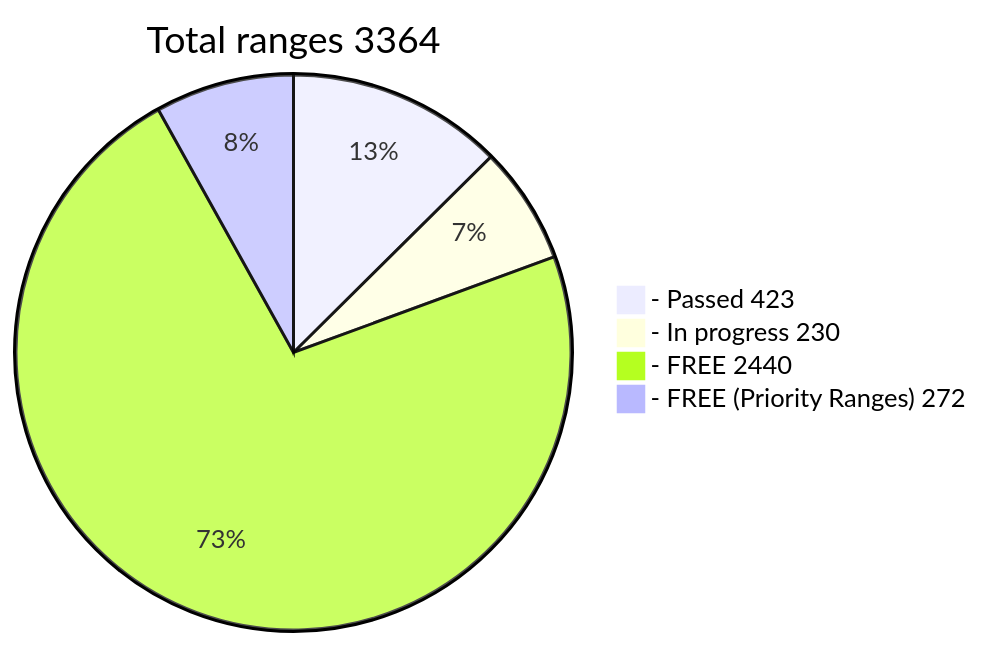
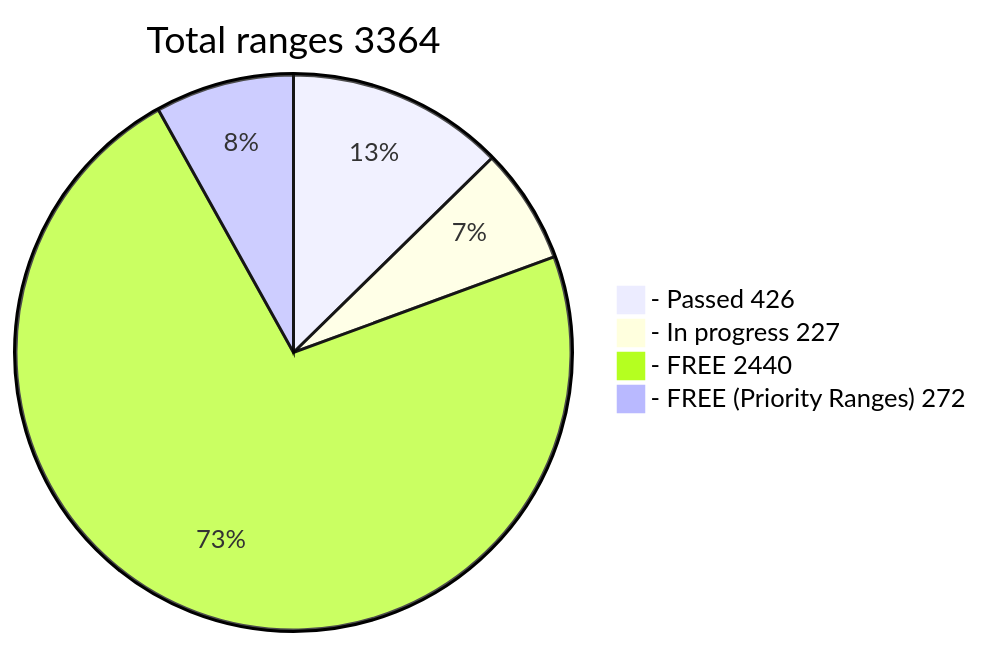
One commit to phrutis/wif500 changed the diagram in README.md. Above: the diagram before and after it, drawn with Mermaid.

````diff
--- a/README.md
+++ b/README.md
@@ -16,7 +16,7 @@
 ```mermaid
 pie title Total ranges 3364
-  "- Passed 423" : 423
-  "- In progress 230" : 230
+  "- Passed 426" : 426
+  "- In progress 227" : 227
   "- FREE 2440" : 2440
   "- FREE (Priority Ranges) 272" : 272
 ```
````
